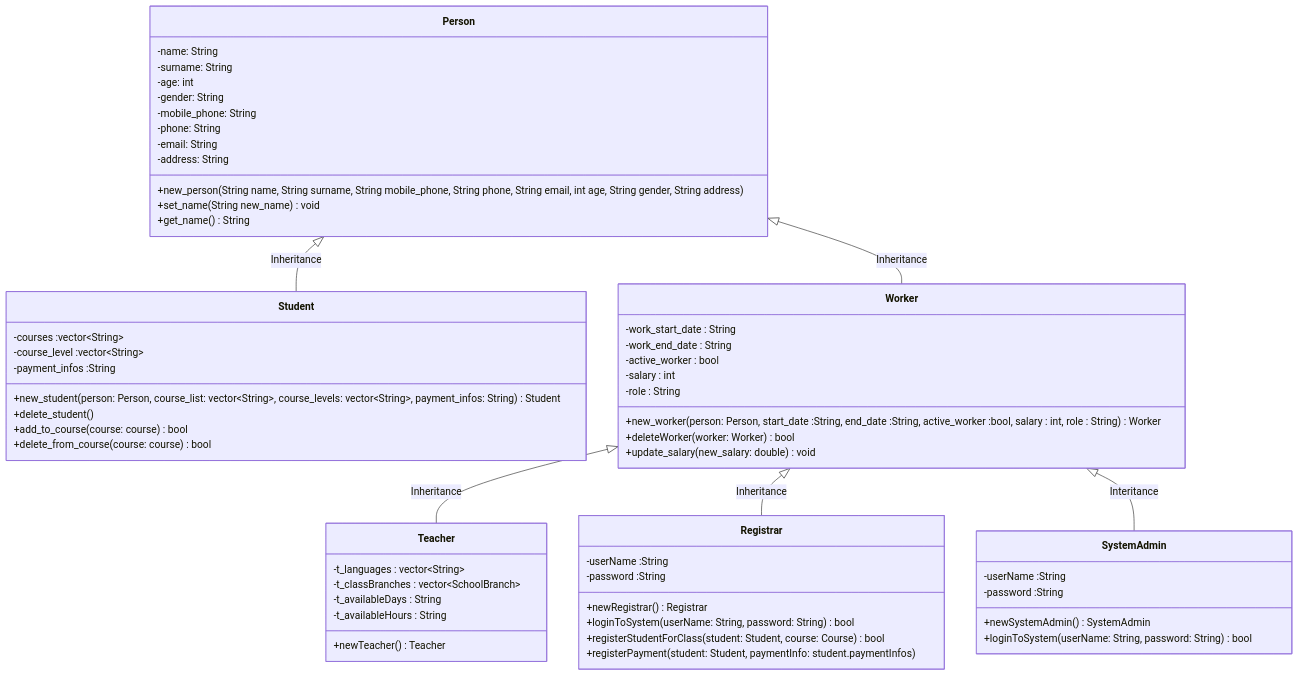
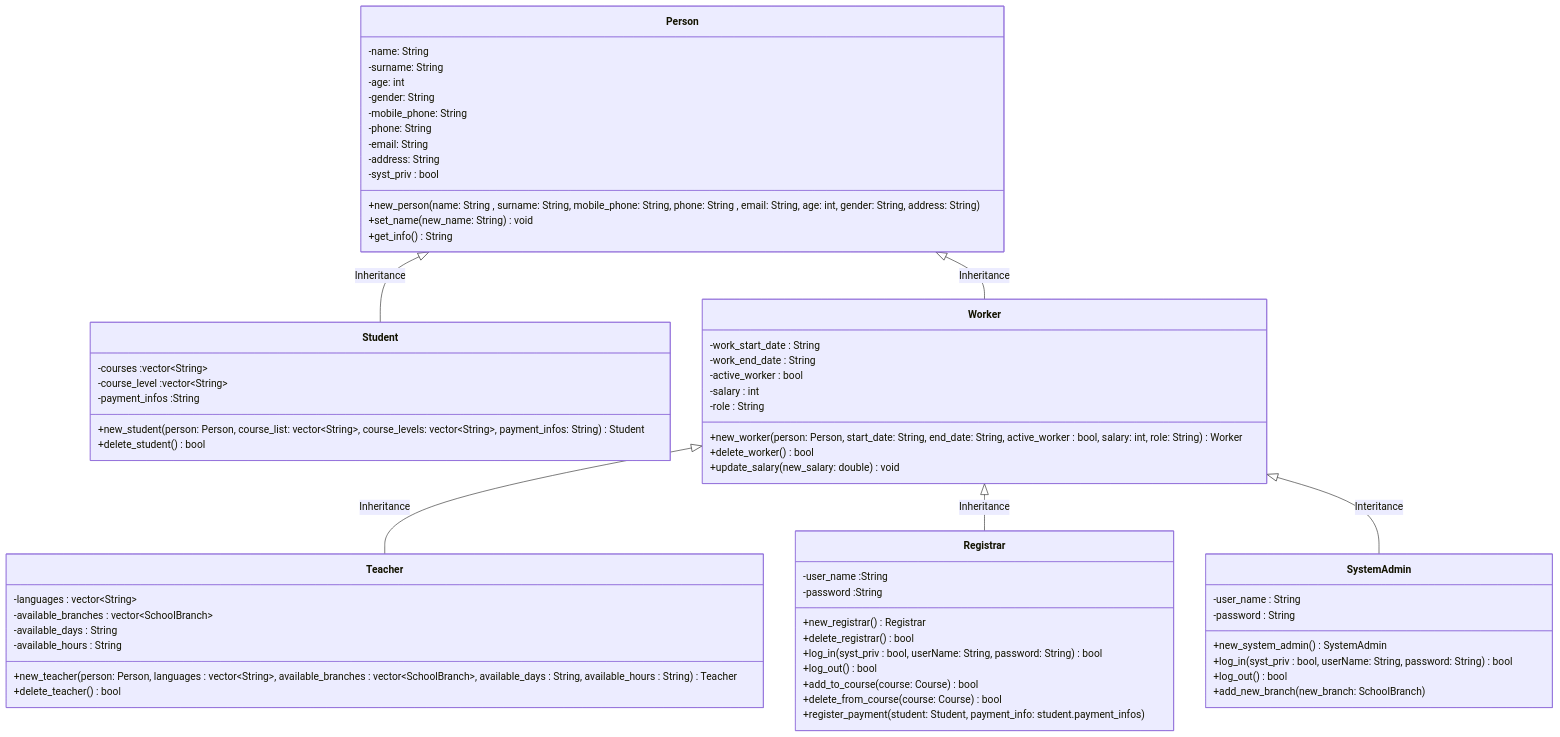
Before and after one commit to ondergormez/BLM3722_Software_Engineering: the second of 4 diagrams in Project/UML_Diag.md, drawn with Mermaid. The commit also changed other lines of this file, not shown here.

Commit message:
UML was modified

````diff
--- a/Project/UML_Diag.md
+++ b/Project/UML_Diag.md
@@ -61,70 +61,75 @@
 ```mermaid
 classDiagram
     Person <|-- Student : Inheritance
     Person <|-- Worker : Inheritance
     Worker <|-- Teacher : Inheritance
     Worker <|-- Registrar : Inheritance
     Worker <|-- SystemAdmin: Interitance
 
     class Person{
     -name: String
     -surname: String
     -age: int
     -gender: String
     -mobile_phone: String
     -phone: String
     -email: String
     -address: String
-    +new_person(String name, String surname, String mobile_phone, String phone, String email, int age, String gender, String address)
-    +set_name(String new_name) void
-    +get_name() String
+    -syst_priv : bool
+    +new_person(name: String , surname: String, mobile_phone: String, phone: String , email: String, age: int, gender: String, address: String)
+    +set_name(new_name: String ) void
+    +get_info() String
     }
 
 
     class Student{
       -courses :vector~String~ 
       -course_level :vector~String~ 
       -payment_infos :String 
       +new_student(person: Person, course_list: vector~String~, course_levels: vector~String~, payment_infos: String) Student
-      +delete_student()
-      +add_to_course(course: course) bool
-      +delete_from_course(course: course) bool
+      +delete_student() bool
     }
 
     class Worker{
       -work_start_date : String 
       -work_end_date : String 
       -active_worker : bool 
       -salary : int 
       -role : String
-      +new_worker(person: Person, start_date :String, end_date :String, active_worker :bool, salary : int,  role : String) Worker
-      +deleteWorker(worker: Worker) bool
+      +new_worker(person: Person, start_date: String, end_date: String, active_worker : bool, salary: int,  role: String) Worker
+      +delete_worker() bool
       +update_salary(new_salary: double) void
     }
     
     class Teacher{
-      -t_languages : vector~String~ 
-      -t_classBranches : vector~SchoolBranch~ 
-      -t_availableDays : String 
-      -t_availableHours : String 
-      +newTeacher()  Teacher
+      -languages : vector~String~ 
+      -available_branches : vector~SchoolBranch~ 
+      -available_days : String 
+      -available_hours : String
+      +new_teacher(person: Person, languages : vector~String~, available_branches : vector~SchoolBranch~, available_days : String, available_hours : String)  Teacher
+     +delete_teacher() bool
     }
 
     class Registrar{
-      -userName :String
+      -user_name :String
       -password :String
-      +newRegistrar() Registrar
-      +loginToSystem(userName: String, password: String) bool
-      +registerStudentForClass(student: Student, course: Course) bool 
-      +registerPayment(student: Student, paymentInfo: student.paymentInfos)
+      +new_registrar() Registrar
+      +delete_registrar() bool
+      +log_in(syst_priv : bool, userName: String, password: String) bool
+      +log_out() bool
+      +add_to_course(course: Course) bool
+      +delete_from_course(course: Course) bool
+      +register_payment(student: Student, payment_info: student.payment_infos)
     }
 
     class SystemAdmin{
-      -userName :String
-      -password :String
-      +newSystemAdmin() SystemAdmin
-      +loginToSystem(userName: String, password: String) bool
+      -user_name : String
+      -password : String
+      +new_system_admin() SystemAdmin
+      +log_in(syst_priv : bool, userName: String, password: String) bool
+      +log_out() bool
+      +add_new_branch(new_branch: SchoolBranch)
     }
 
 
 ```
````
